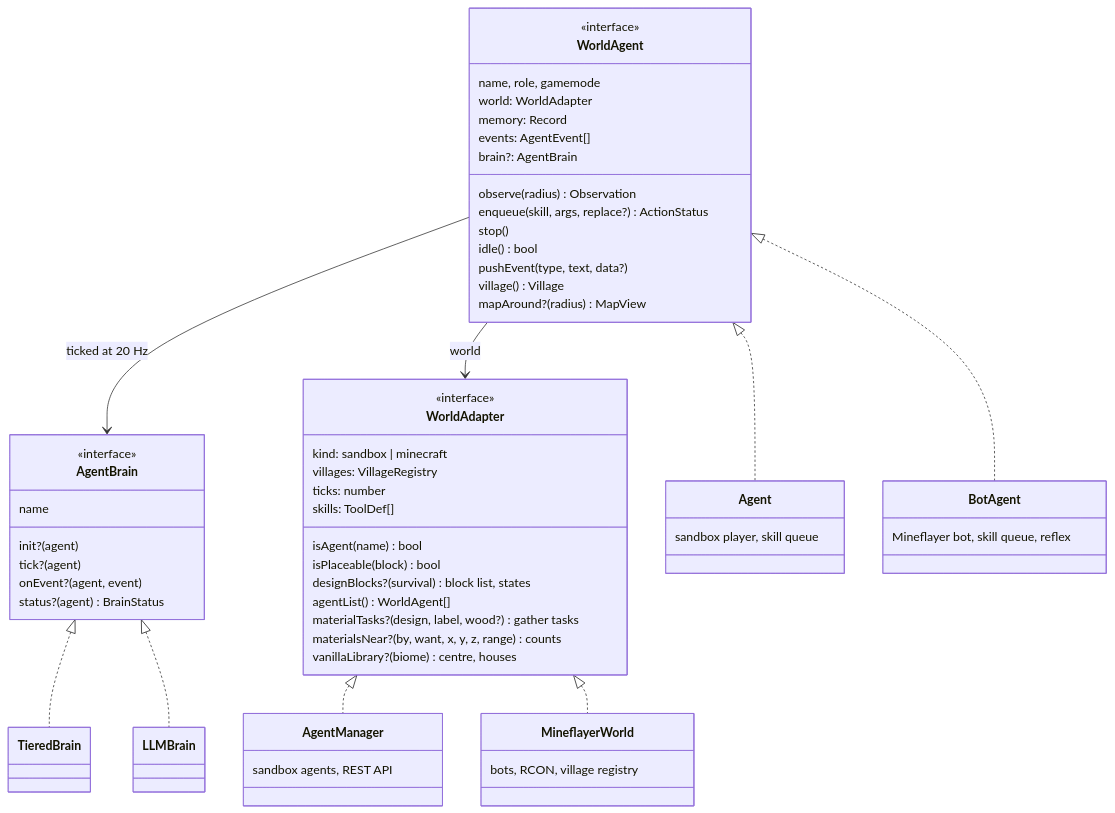
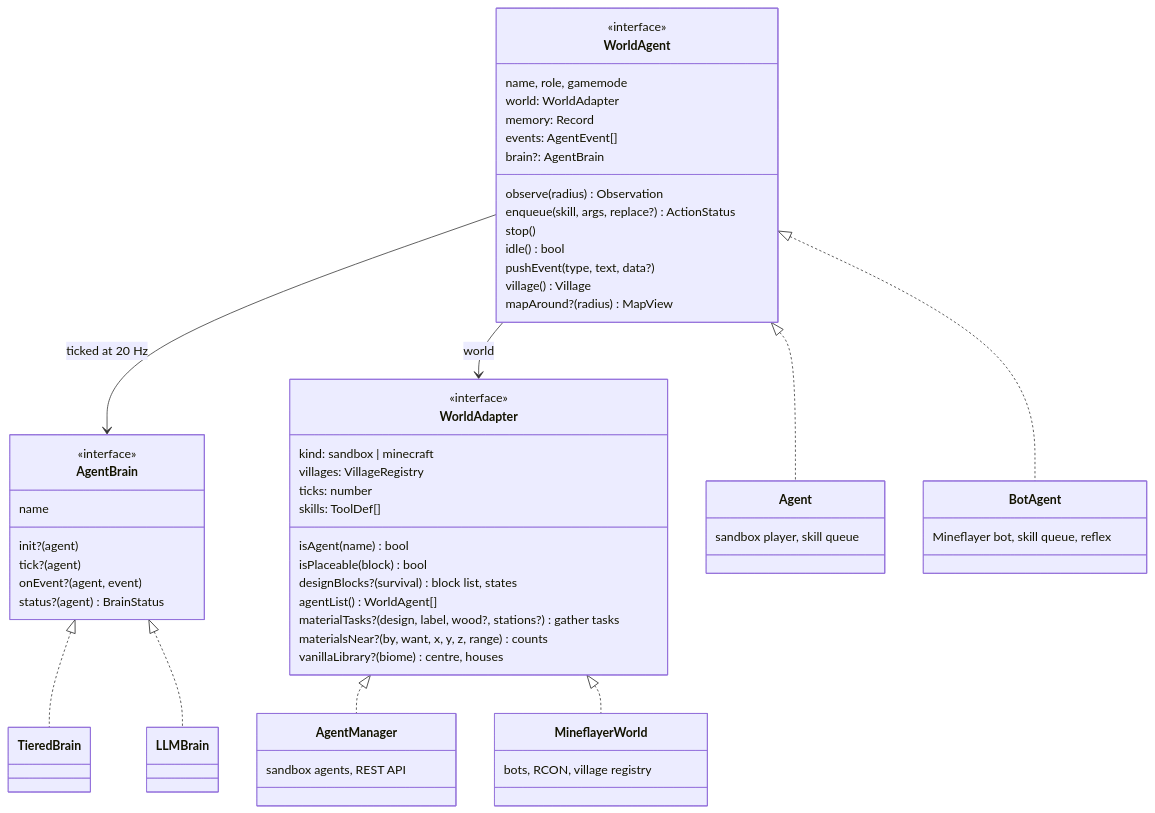
One commit to delphium226/MCAISandbox changed the second of 16 diagrams in docs/ARCHITECTURE.md. Above: the diagram before and after it, drawn with Mermaid. The commit also changed other lines of this file and 3 other files, not shown here.

````diff
--- a/docs/ARCHITECTURE.md
+++ b/docs/ARCHITECTURE.md
@@ -81,62 +81,62 @@
 ```mermaid
 classDiagram
   class WorldAgent {
     <<interface>>
     name, role, gamemode
     world: WorldAdapter
     memory: Record
     events: AgentEvent[]
     brain?: AgentBrain
     observe(radius) Observation
     enqueue(skill, args, replace?) ActionStatus
     stop()
     idle() bool
     pushEvent(type, text, data?)
     village() Village
     mapAround?(radius) MapView
   }
   class WorldAdapter {
     <<interface>>
     kind: sandbox | minecraft
     villages: VillageRegistry
     ticks: number
     skills: ToolDef[]
     isAgent(name) bool
     isPlaceable(block) bool
     designBlocks?(survival) block list, states
     agentList() WorldAgent[]
-    materialTasks?(design, label, wood?) gather tasks
+    materialTasks?(design, label, wood?, stations?) gather tasks
     materialsNear?(by, want, x, y, z, range) counts
     vanillaLibrary?(biome) centre, houses
   }
   class AgentBrain {
     <<interface>>
     name
     init?(agent)
     tick?(agent)
     onEvent?(agent, event)
     status?(agent) BrainStatus
   }
   class Agent {
     sandbox player, skill queue
   }
   class AgentManager {
     sandbox agents, REST API
   }
   class BotAgent {
     Mineflayer bot, skill queue, reflex
   }
   class MineflayerWorld {
     bots, RCON, village registry
   }
   class TieredBrain
   class LLMBrain
   WorldAgent <|.. Agent
   WorldAgent <|.. BotAgent
   WorldAdapter <|.. AgentManager
   WorldAdapter <|.. MineflayerWorld
   AgentBrain <|.. TieredBrain
   AgentBrain <|.. LLMBrain
   WorldAgent --> AgentBrain : ticked at 20 Hz
   WorldAgent --> WorldAdapter : world
 ```
````
